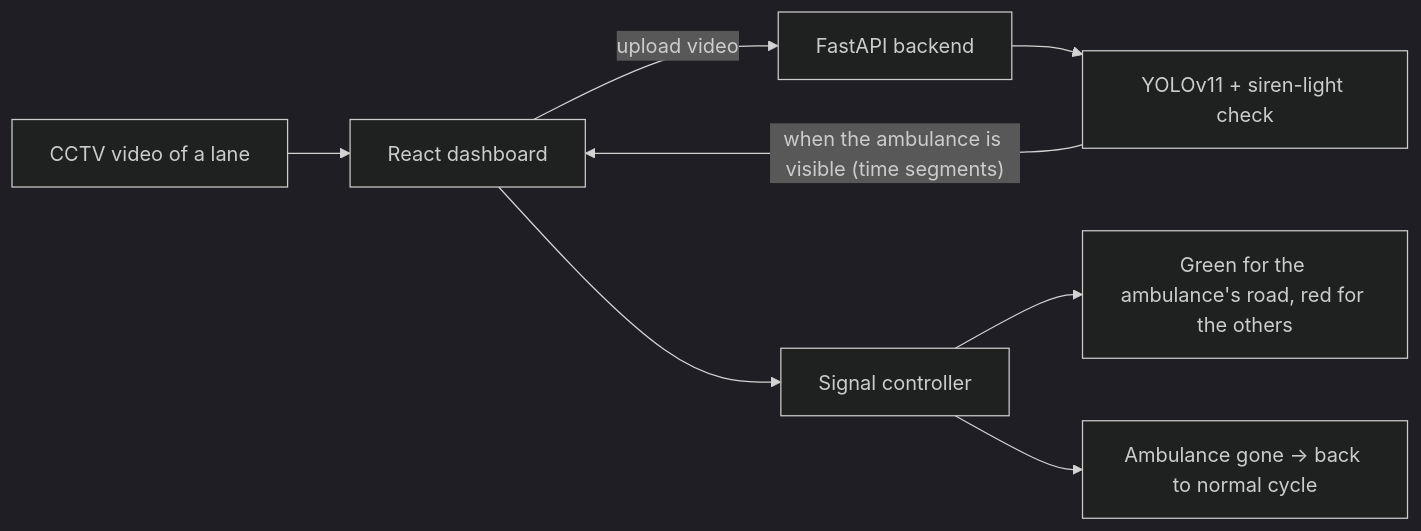
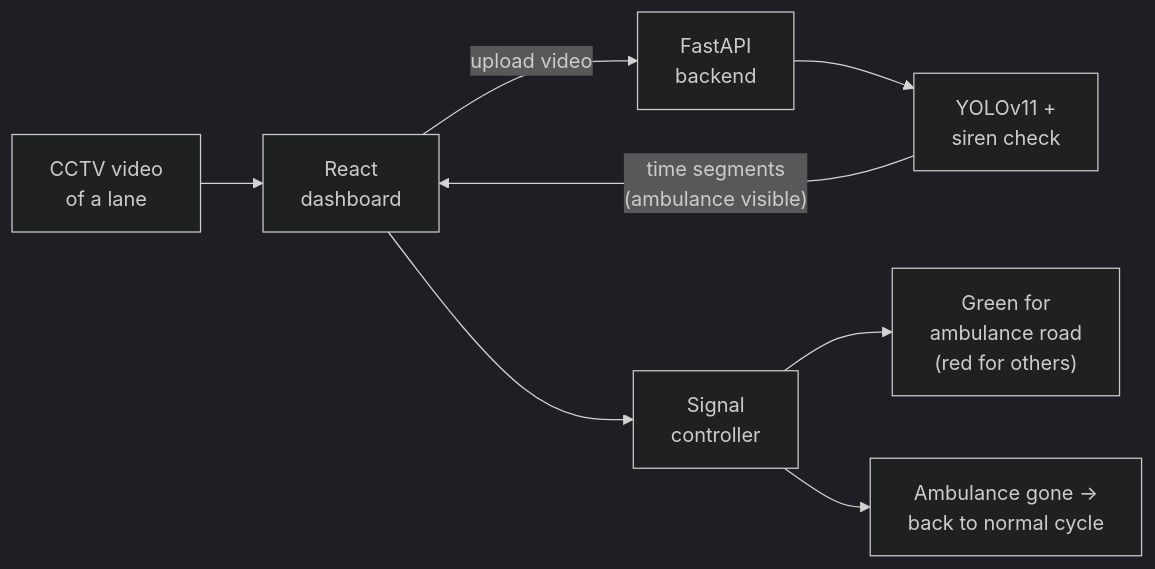
One commit to ritamdeep/emergency-vehicle-ai-detection changed the first of 3 diagrams in README.md. Above: the diagram before and after it, drawn with Mermaid (dark theme). The commit also changed other lines of this file, not shown here.

Commit message:
docs: format all Mermaid flowchart labels with line breaks for complete visibility

````diff
--- a/README.md
+++ b/README.md
@@ -17,10 +17,10 @@
 ```mermaid
 flowchart LR
-    A[CCTV video of a lane] --> B[React dashboard]
-    B -->|upload video| C[FastAPI backend]
-    C --> D[YOLOv11 + siren-light check]
-    D -->|"when the ambulance is visible (time segments)"| B
-    B --> E[Signal controller]
-    E --> F[Green for the ambulance's road, red for the others]
-    E --> G[Ambulance gone → back to normal cycle]
+    A["CCTV video<br/>of a lane"] --> B["React<br/>dashboard"]
+    B -->|"upload video"| C["FastAPI<br/>backend"]
+    C --> D["YOLOv11 +<br/>siren check"]
+    D -->|"time segments<br/>(ambulance visible)"| B
+    B --> E["Signal<br/>controller"]
+    E --> F["Green for<br/>ambulance road<br/>(red for others)"]
+    E --> G["Ambulance gone →<br/>back to normal cycle"]
 ```
````
